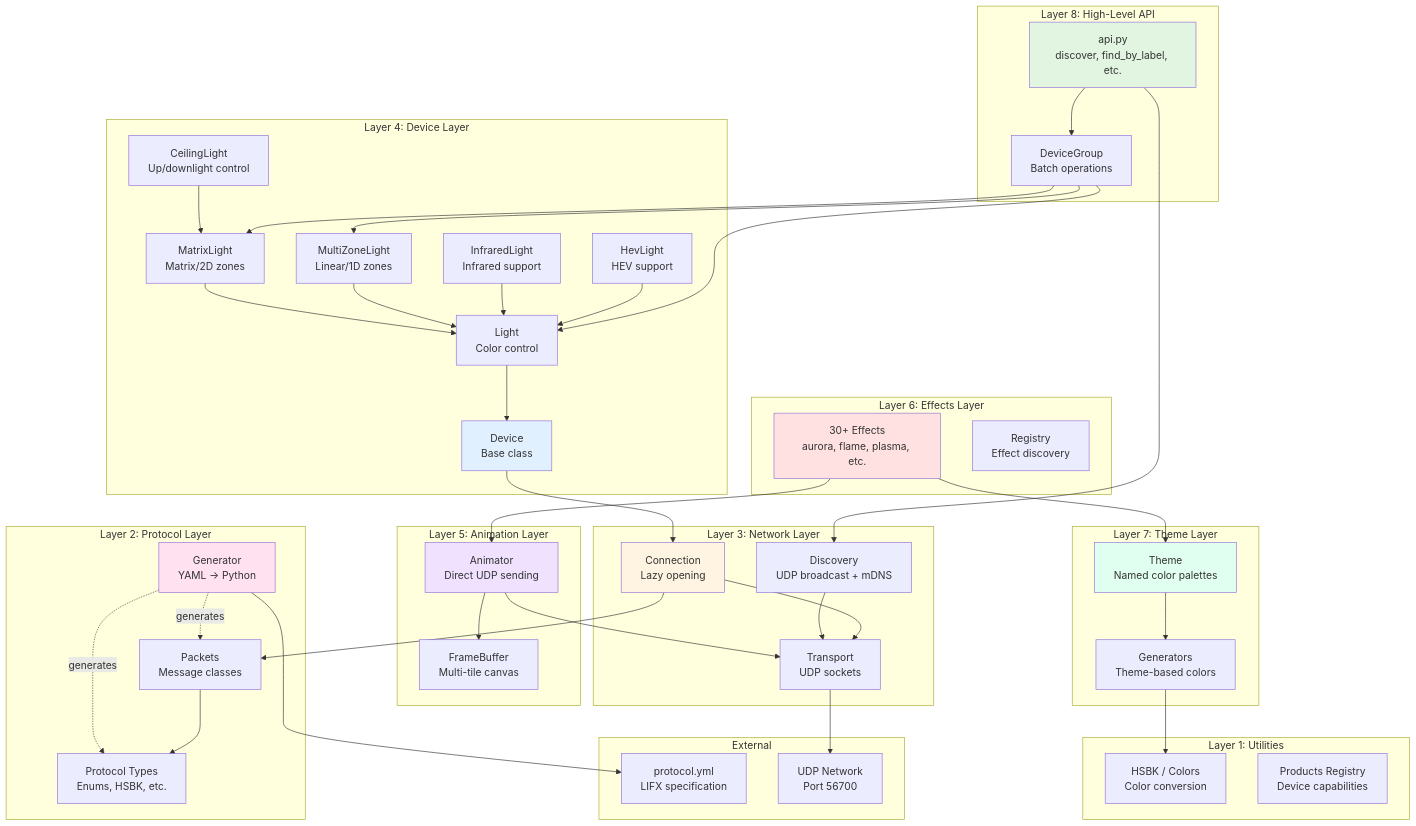
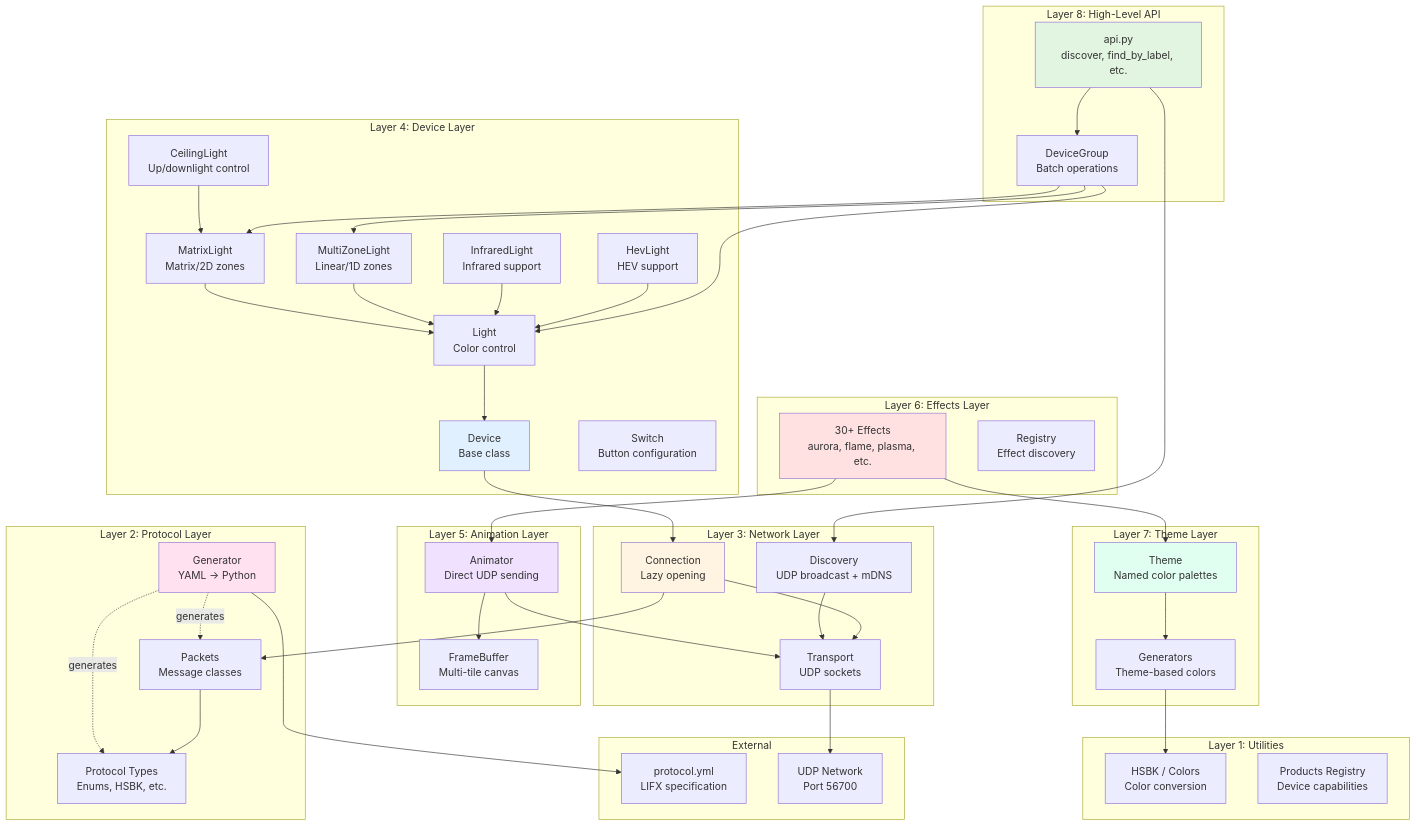
One commit to Djelibeybi/lifx-async changed the first of 3 diagrams in docs/architecture/overview.md. Above: the diagram before and after it, drawn with Mermaid. The commit also changed other lines of this file and 24 other files, not shown here.

First line of the commit message:
feat(devices): add Switch class with button configuration support

```diff
--- a/docs/architecture/overview.md
+++ b/docs/architecture/overview.md
@@ -34,6 +34,7 @@
         MultiZone[MultiZoneLight<br/>Linear/1D zones]
         Matrix[MatrixLight<br/>Matrix/2D zones]
         Ceiling[CeilingLight<br/>Up/downlight control]
+        Switch[Switch<br/>Button configuration]
     end
 
     subgraph "Layer 3: Network Layer"
```
